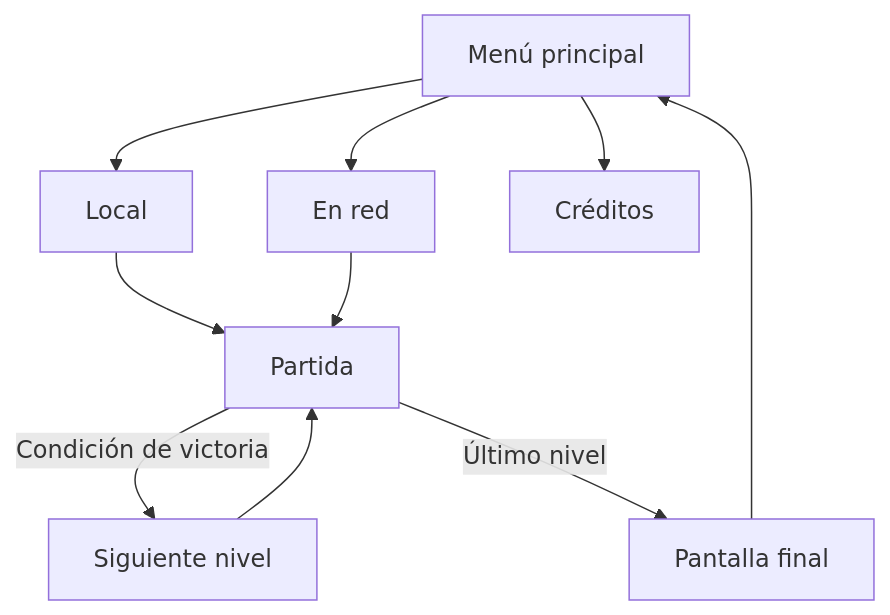
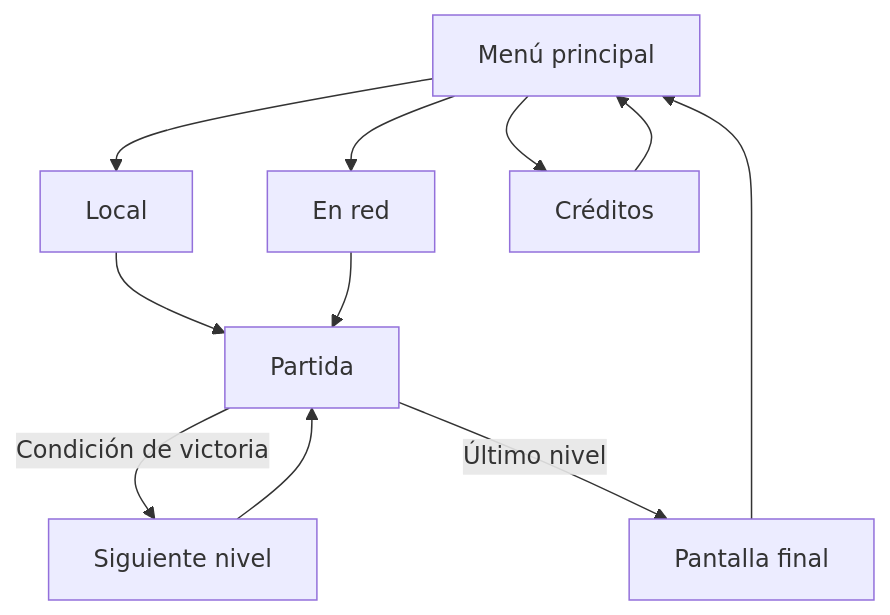
Before and after one commit to YC2025H/JUEGO_EN_RED: the diagram in GDD.md, drawn with Mermaid. The commit also changed other lines of this file and 1 other file, not shown here.

````diff
--- a/GDD.md
+++ b/GDD.md
@@ -148,13 +152,14 @@
 ```mermaid
 flowchart TD
     A[Menú principal]
     A --> B[Local]
     A --> C[En red]
     A --> D[Créditos]
+    D --> A
     B --> E[Partida]
     C --> E
     E --> |Condición de victoria| F[Siguiente nivel]
     F --> E
     E --> |Último nivel| G[Pantalla final]
     G --> A
 ```
````
